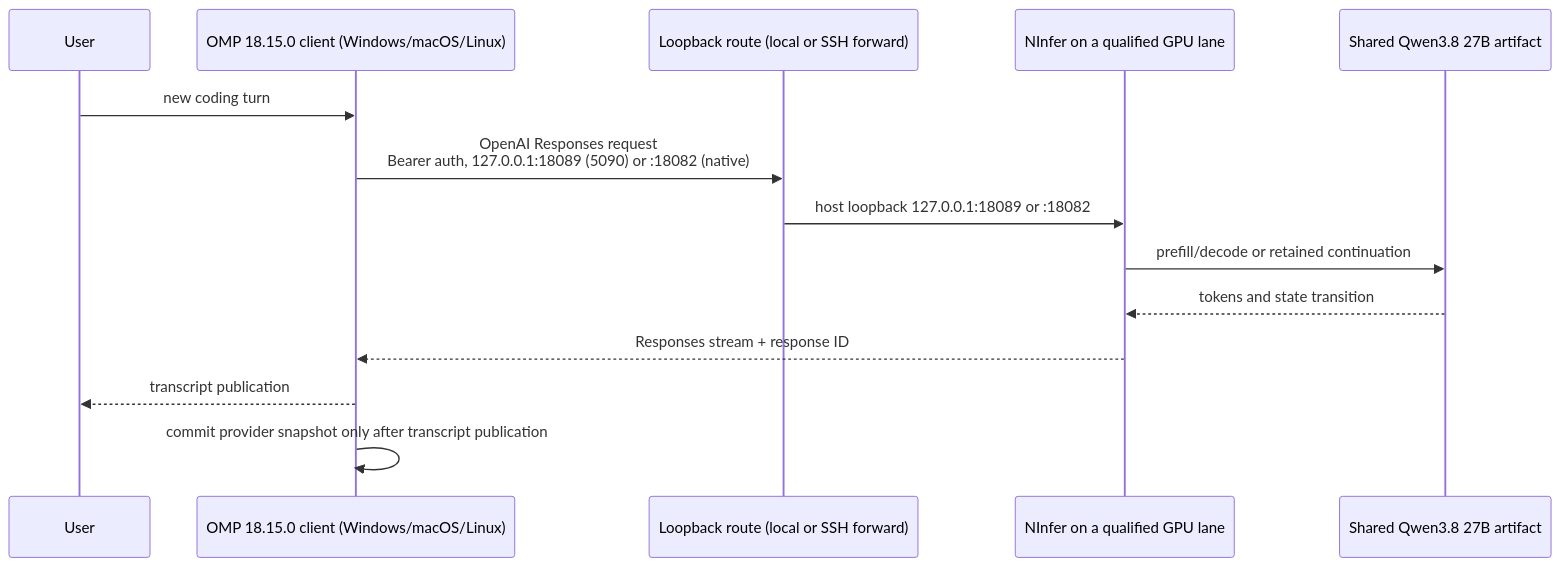
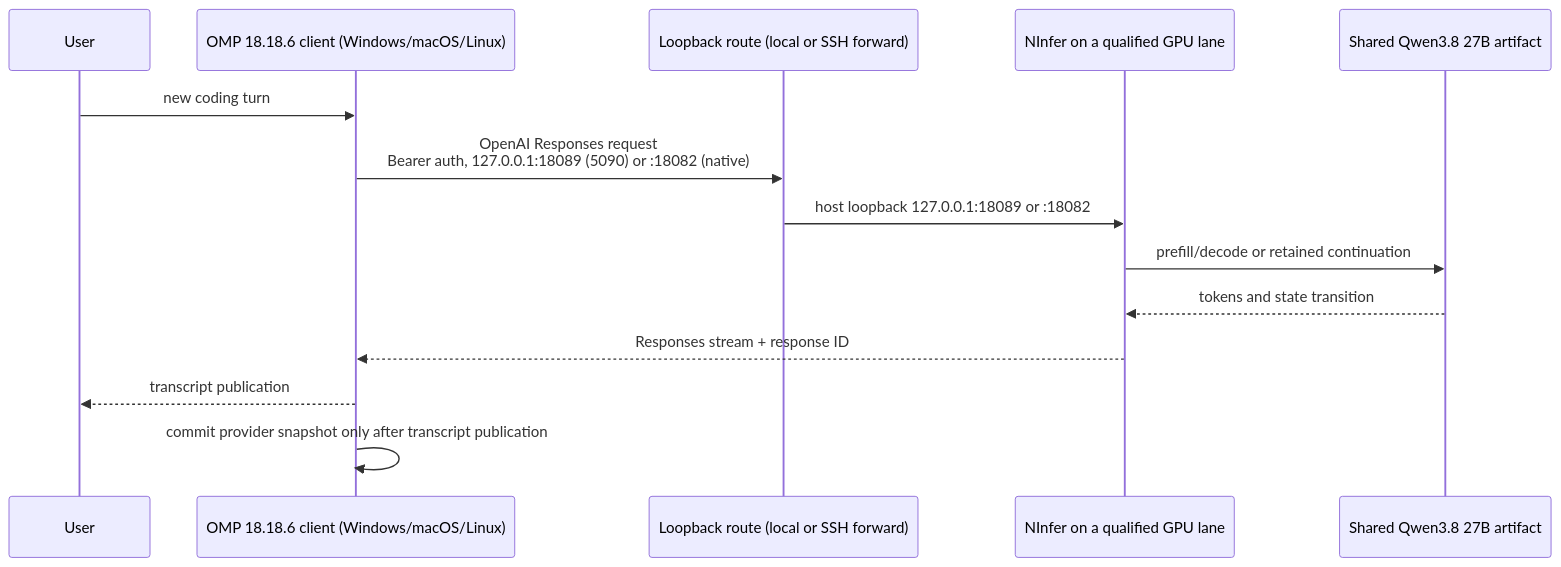
Before and after one commit to alphastorm/omp-ninfer: the diagram in docs/ARCHITECTURE.md, drawn with Mermaid. The commit also changed other lines of this file and 28 other files, not shown here.

````diff
--- a/docs/ARCHITECTURE.md
+++ b/docs/ARCHITECTURE.md
@@ -12,17 +12,17 @@
 ```mermaid
 sequenceDiagram
     participant User
-    participant OMP as OMP 18.15.0 client (Windows/macOS/Linux)
+    participant OMP as OMP 18.18.6 client (Windows/macOS/Linux)
     participant Route as Loopback route (local or SSH forward)
     participant NInfer as NInfer on a qualified GPU lane
     participant GPU as Shared Qwen3.8 27B artifact
 
     User->>OMP: new coding turn
     OMP->>Route: OpenAI Responses request<br/>Bearer auth, 127.0.0.1:18089 (5090) or :18082 (native)
     Route->>NInfer: host loopback 127.0.0.1:18089 or :18082
     NInfer->>GPU: prefill/decode or retained continuation
     GPU-->>NInfer: tokens and state transition
     NInfer-->>OMP: Responses stream + response ID
     OMP-->>User: transcript publication
     OMP->>OMP: commit provider snapshot only after transcript publication
 ```
````
